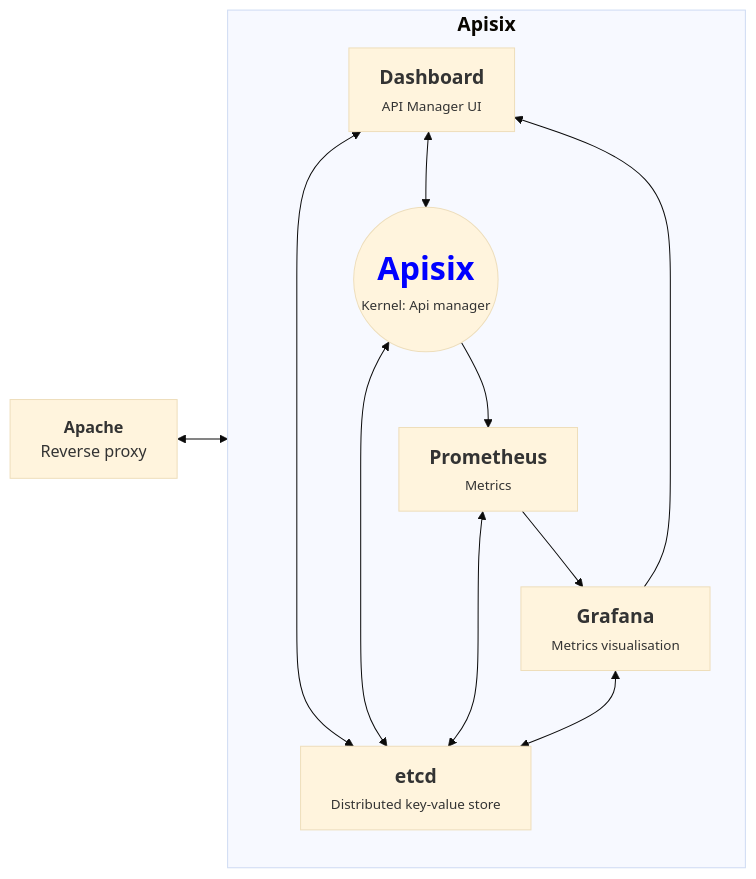
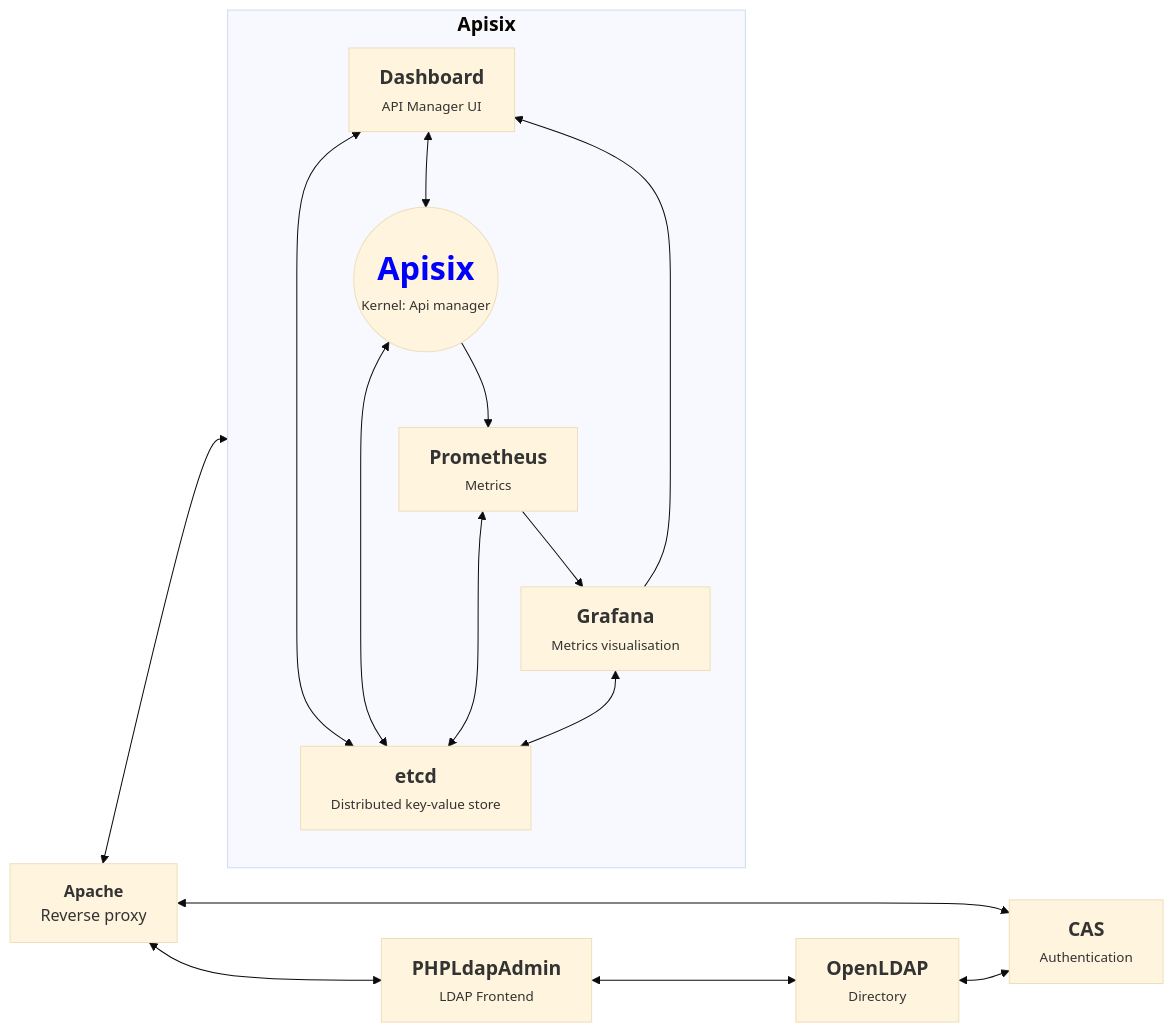
The diagram in README.md (avenirs-esr/srv-dev), drawn with Mermaid (base theme) before and after one commit. The commit also changed other lines of this file, not shown here.

Commit message:
docs: docker containers diagram

````diff
--- a/README.md
+++ b/README.md
@@ -151,20 +14,29 @@
 ```mermaid
 graph LR;
 subgraph apisix["<big><strong>Apisix<br/></strong></big>"]
   a_etcd["<big><strong>etcd</strong></big><br/><small>Distributed key-value store</small>"] 
   a_ui["<big><strong>Dashboard</strong></big><br/><small>API Manager UI<small>"] <--> a_etcd
   a_grafana["<big><strong>Grafana</strong></big><br/><small>Metrics visualisation</small>"] <--> a_etcd
   a_prometheus["<big><strong>Prometheus</strong></big><br/><small>Metrics</small>"] <--> a_etcd
   a_core(("<big><strong><font color=blue size=6em>Apisix</font></strong></big><br/><small>Kernel: Api manager</small>")) <--> a_etcd
 
   a_grafana --> a_ui
   a_prometheus --> a_grafana
   a_ui <--> a_core -->a_prometheus
 
 
-
 end 
 
-apache["<strong>Apache</strong><br/>Reverse proxy</strong>"]  <--> apisix
+apache["<strong>Apache</strong><br/>Reverse proxy</strong>"] 
+cas["<big><strong>CAS</strong></big><br/><small>Authentication</small>"] 
+openldap["<big><strong>OpenLDAP</strong></big><br/><small>Directory</small>"] 
+phpldapadmin["<big><strong>PHPLdapAdmin</strong></big><br/><small>LDAP Frontend</small>"] 
+
+
+apache  <--> apisix
+apache <--> cas 
+apache <--> phpldapadmin
+openldap <--> cas
+phpldapadmin <--> openldap
 
 ```
````
